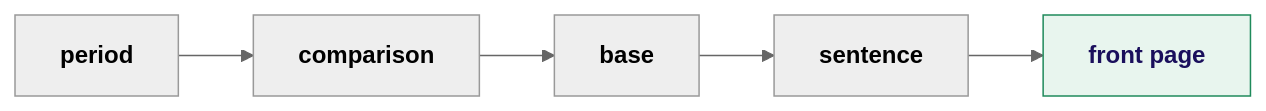
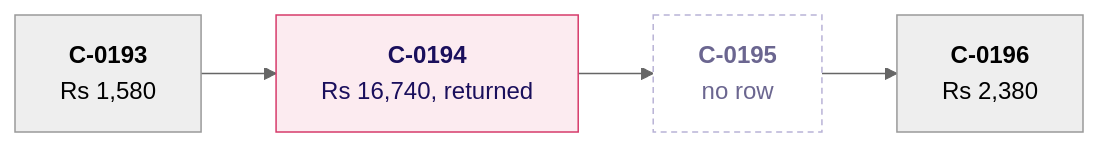
One commit to fde-academy-lab/c2-content-factory changed diagram 19 of 26 in content/W02/D5/slides/C2_W02_D05_half1_STUDENT.md. Above: the diagram before and after it, drawn with Mermaid (neutral theme). The commit also changed other lines of this file and 5 other files, not shown here.

````diff
--- a/content/W02/D5/slides/C2_W02_D05_half1_STUDENT.md
+++ b/content/W02/D5/slides/C2_W02_D05_half1_STUDENT.md
@@ -764,6 +998,10 @@
 ```mermaid
 flowchart LR
-    A["<b>period</b>"] --> B["<b>comparison</b>"] --> C["<b>base</b>"] --> D["<b>sentence</b>"] --> E["<b>front page</b>"]
-    classDef good fill:#E8F5EE,stroke:#1F8A5B,color:#1A0F5C
-    class E good
+    A["<b>C-0193</b><br/>Rs 1,580"] --> B["<b>C-0194</b><br/>Rs 16,740, returned"]
+    B --> C["<b>C-0195</b><br/>no row"]
+    C --> D["<b>C-0196</b><br/>Rs 2,380"]
+    classDef bad fill:#FCEBF0,stroke:#D63A6A,color:#1A0F5C
+    classDef unknown fill:#FFFFFF,stroke:#B8B2D6,color:#6B6690,stroke-dasharray:4 3
+    class B bad
+    class C unknown
 ```
````
